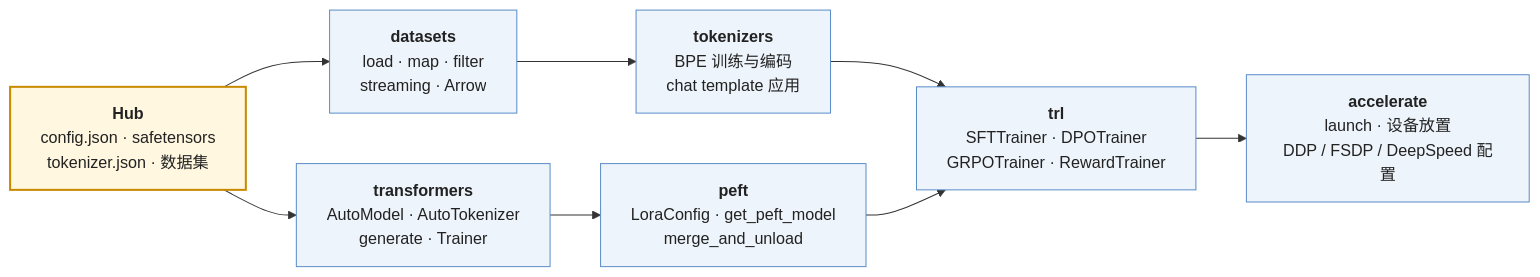
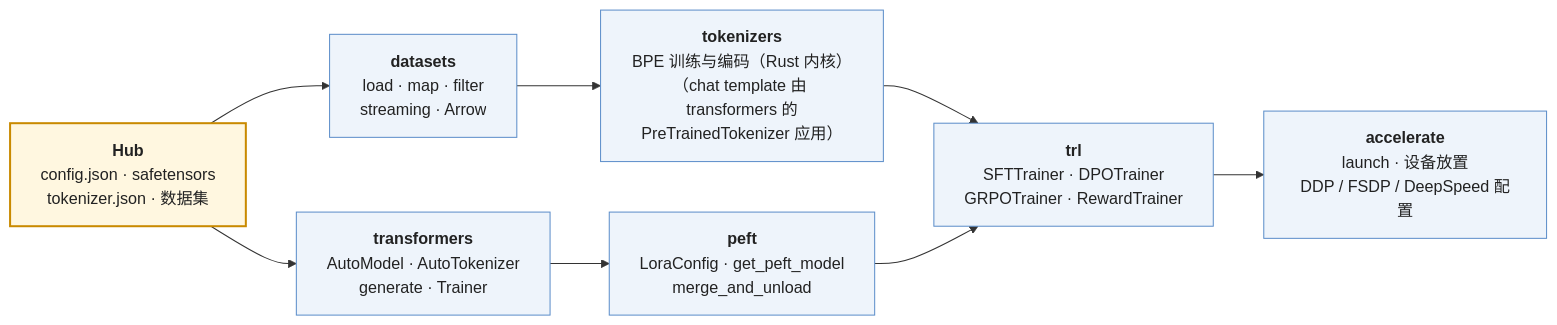
The first of 2 diagrams in _posts/2026-01-21-hugging-face-ecosystem-six-libraries-and-a-lora-sft.md (arganzheng/arganzheng.github.com), drawn with Mermaid before and after one commit. The commit also changed other lines of this file and 21 other files, not shown here.

````diff
--- a/_posts/2026-01-21-hugging-face-ecosystem-six-libraries-and-a-lora-sft.md
+++ b/_posts/2026-01-21-hugging-face-ecosystem-six-libraries-and-a-lora-sft.md
@@ -25,35 +25,36 @@
 ```mermaid
 %%{init: {"flowchart": {"wrappingWidth": 220}}}%%
 flowchart LR
     HUB["`**Hub**
 config.json · safetensors
 tokenizer.json · 数据集`"]
     DS["`**datasets**
 load · map · filter
 streaming · Arrow`"]
     TOK["`**tokenizers**
-BPE 训练与编码
-chat template 应用`"]
+BPE 训练与编码（Rust 内核）
+（chat template 由 transformers 的
+PreTrainedTokenizer 应用）`"]
     TF["`**transformers**
 AutoModel · AutoTokenizer
 generate · Trainer`"]
     PEFT["`**peft**
 LoraConfig · get_peft_model
 merge_and_unload`"]
     TRL["`**trl**
 SFTTrainer · DPOTrainer
 GRPOTrainer · RewardTrainer`"]
     ACC["`**accelerate**
 launch · 设备放置
 DDP / FSDP / DeepSpeed 配置`"]
 
     HUB --> DS & TF
     DS --> TOK --> TRL
     TF --> PEFT --> TRL
     TRL --> ACC
 
     classDef lib fill:#eef4fb,stroke:#5b8dc9,stroke-width:1px,color:#222
     classDef hub fill:#fff7e0,stroke:#c98a00,stroke-width:2px,color:#222
     class DS,TOK,TF,PEFT,TRL,ACC lib
     class HUB hub
 ```
````
